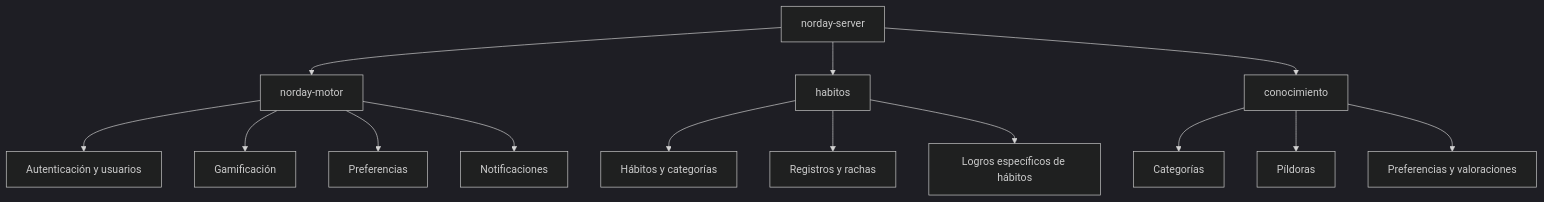
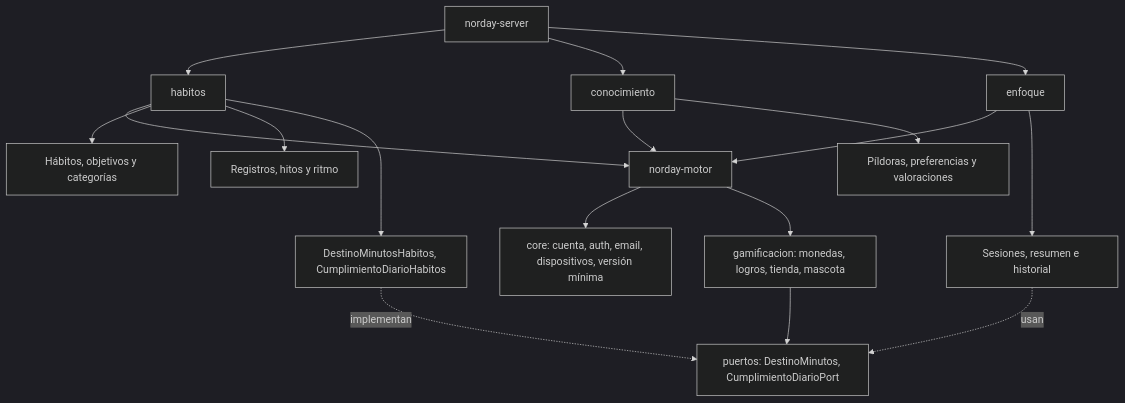
The fifth of 8 diagrams in docs/Logicas/05-diagramas-uml.md (jgrabalosa/habitos-app), drawn with Mermaid (dark theme) before and after one commit. The commit also changed other lines of this file, not shown here.

First line of the commit message:
05: diagramas con el modelo y los flujos reales de wip-enfoque

````diff
--- a/docs/Logicas/05-diagramas-uml.md
+++ b/docs/Logicas/05-diagramas-uml.md
@@ -166,19 +457,23 @@
 ```mermaid
 flowchart TD
-    Server[norday-server] --> Motor[norday-motor]
-    Server --> Habitos[habitos]
+    Server[norday-server] --> Habitos[habitos]
     Server --> Conocimiento[conocimiento]
+    Server --> Enfoque[enfoque]
+    Habitos --> Motor[norday-motor]
+    Conocimiento --> Motor
+    Enfoque --> Motor
 
-    Motor --> Auth[Autenticación y usuarios]
-    Motor --> Gamificacion[Gamificación]
-    Motor --> Preferencias[Preferencias]
-    Motor --> Notificaciones[Notificaciones]
+    Motor --> Core[core: cuenta, auth, email, dispositivos, versión mínima]
+    Motor --> Gamificacion[gamificacion: monedas, logros, tienda, mascota]
+    Gamificacion --> Puertos[puertos: DestinoMinutos, CumplimientoDiarioPort]
 
-    Habitos --> HabitosCore[Hábitos y categorías]
-    Habitos --> Registros[Registros y rachas]
-    Habitos --> LogrosHabitos[Logros específicos de hábitos]
+    Habitos --> HabitosCore[Hábitos, objetivos y categorías]
+    Habitos --> Registros[Registros, hitos y ritmo]
+    Habitos --> Adaptadores[DestinoMinutosHabitos, CumplimientoDiarioHabitos]
+    Adaptadores -. implementan .-> Puertos
 
-    Conocimiento --> CategoriasConocimiento[Categorías]
-    Conocimiento --> Pildoras[Píldoras]
-    Conocimiento --> PreferenciasConocimiento[Preferencias y valoraciones]
+    Conocimiento --> Pildoras[Píldoras, preferencias y valoraciones]
+
+    Enfoque --> Sesiones[Sesiones, resumen e historial]
+    Sesiones -. usan .-> Puertos
 ```
````
